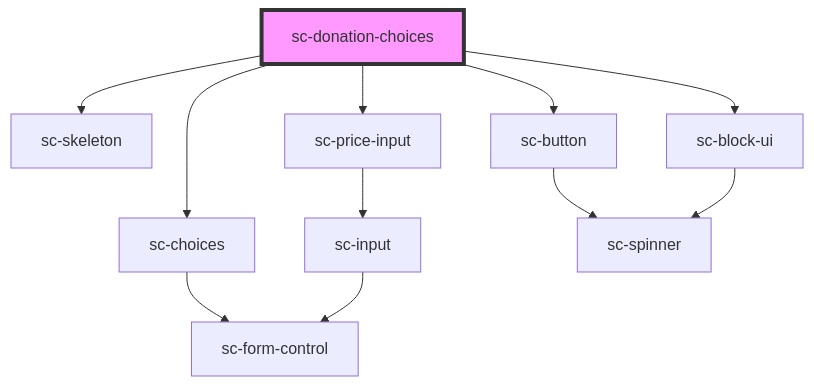
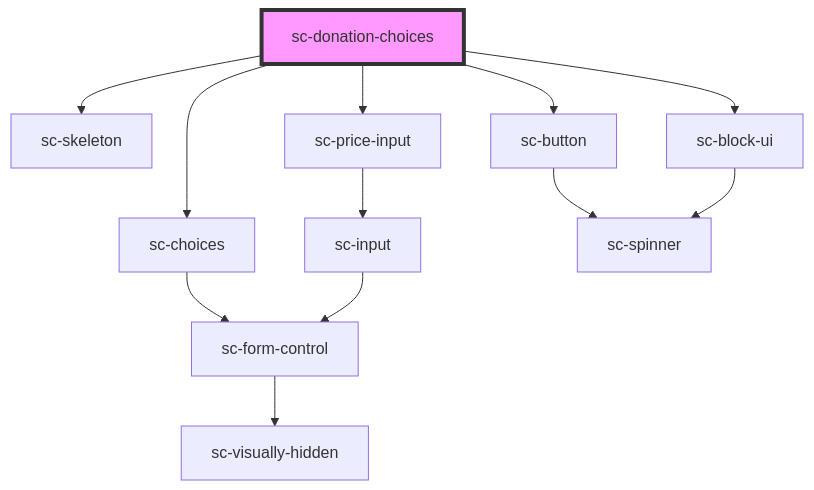
One commit to surecart/surecart-wp-plugin changed the diagram in packages/components/src/components/controllers/checkout-form/donation-choices/readme.md. Above: the diagram before and after it, drawn with Mermaid. The commit also changed 98 other files, not shown here.

````diff
--- a/packages/components/src/components/controllers/checkout-form/donation-choices/readme.md
+++ b/packages/components/src/components/controllers/checkout-form/donation-choices/readme.md
@@ -55,14 +55,15 @@
 ```mermaid
 graph TD;
   sc-donation-choices --> sc-skeleton
   sc-donation-choices --> sc-choices
   sc-donation-choices --> sc-price-input
   sc-donation-choices --> sc-button
   sc-donation-choices --> sc-block-ui
   sc-choices --> sc-form-control
+  sc-form-control --> sc-visually-hidden
   sc-price-input --> sc-input
   sc-input --> sc-form-control
   sc-button --> sc-spinner
   sc-block-ui --> sc-spinner
   style sc-donation-choices fill:#f9f,stroke:#333,stroke-width:4px
 ```
````
